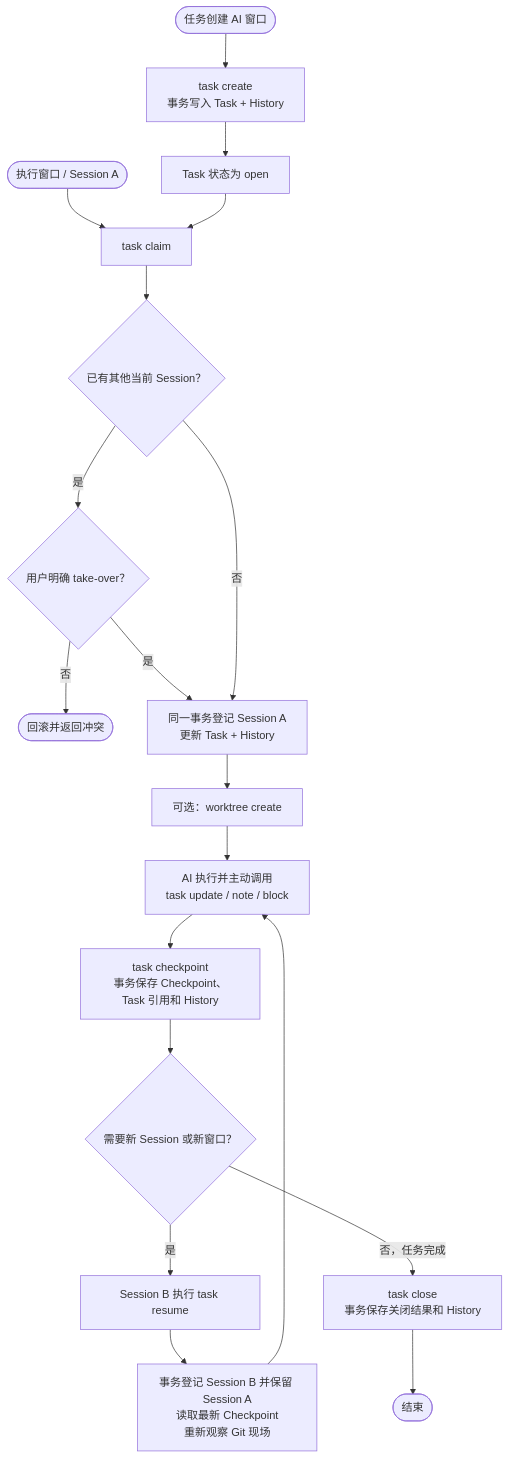
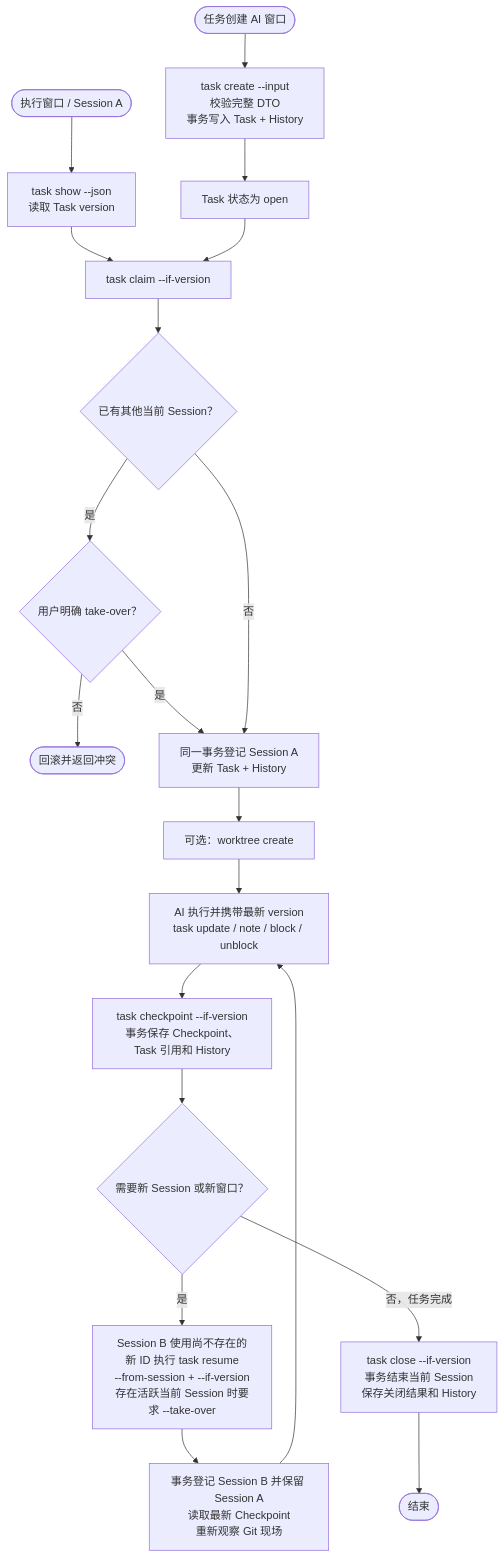
One commit to cecil-su/agent-steward changed the second of 5 diagrams in docs/v0/10-架构与流程图.md. Above: the diagram before and after it, drawn with Mermaid. The commit also changed other lines of this file and 12 other files, not shown here.

````diff
--- a/docs/v0/10-架构与流程图.md
+++ b/docs/v0/10-架构与流程图.md
@@ -63,24 +63,25 @@
 ```mermaid
 flowchart TD
-    CreateWindow(["任务创建 AI 窗口"]) --> Create["task create<br/>事务写入 Task + History"]
+    CreateWindow(["任务创建 AI 窗口"]) --> Create["task create --input<br/>校验完整 DTO<br/>事务写入 Task + History"]
     Create --> Open["Task 状态为 open"]
 
-    ExecWindow(["执行窗口 / Session A"]) --> Claim["task claim"]
+    ExecWindow(["执行窗口 / Session A"]) --> Read["task show --json<br/>读取 Task version"]
+    Read --> Claim["task claim --if-version"]
     Open --> Claim
     Claim --> Conflict{"已有其他当前 Session？"}
     Conflict -- "是" --> Choice{"用户明确 take-over？"}
     Choice -- "否" --> Stop(["回滚并返回冲突"])
     Choice -- "是" --> Bind
     Conflict -- "否" --> Bind["同一事务登记 Session A<br/>更新 Task + History"]
 
     Bind --> Worktree["可选：worktree create"]
-    Worktree --> Work["AI 执行并主动调用<br/>task update / note / block"]
-    Work --> Checkpoint["task checkpoint<br/>事务保存 Checkpoint、Task 引用和 History"]
+    Worktree --> Work["AI 执行并携带最新 version<br/>task update / note / block / unblock"]
+    Work --> Checkpoint["task checkpoint --if-version<br/>事务保存 Checkpoint、Task 引用和 History"]
 
     Checkpoint --> Continue{"需要新 Session 或新窗口？"}
-    Continue -- "是" --> Resume["Session B 执行 task resume"]
+    Continue -- "是" --> Resume["Session B 使用尚不存在的新 ID 执行 task resume<br/>--from-session + --if-version<br/>存在活跃当前 Session 时要求 --take-over"]
     Resume --> Restore["事务登记 Session B 并保留 Session A<br/>读取最新 Checkpoint<br/>重新观察 Git 现场"]
     Restore --> Work
-    Continue -- "否，任务完成" --> Close["task close<br/>事务保存关闭结果和 History"]
+    Continue -- "否，任务完成" --> Close["task close --if-version<br/>事务结束当前 Session<br/>保存关闭结果和 History"]
     Close --> End(["结束"])
 ```
````
